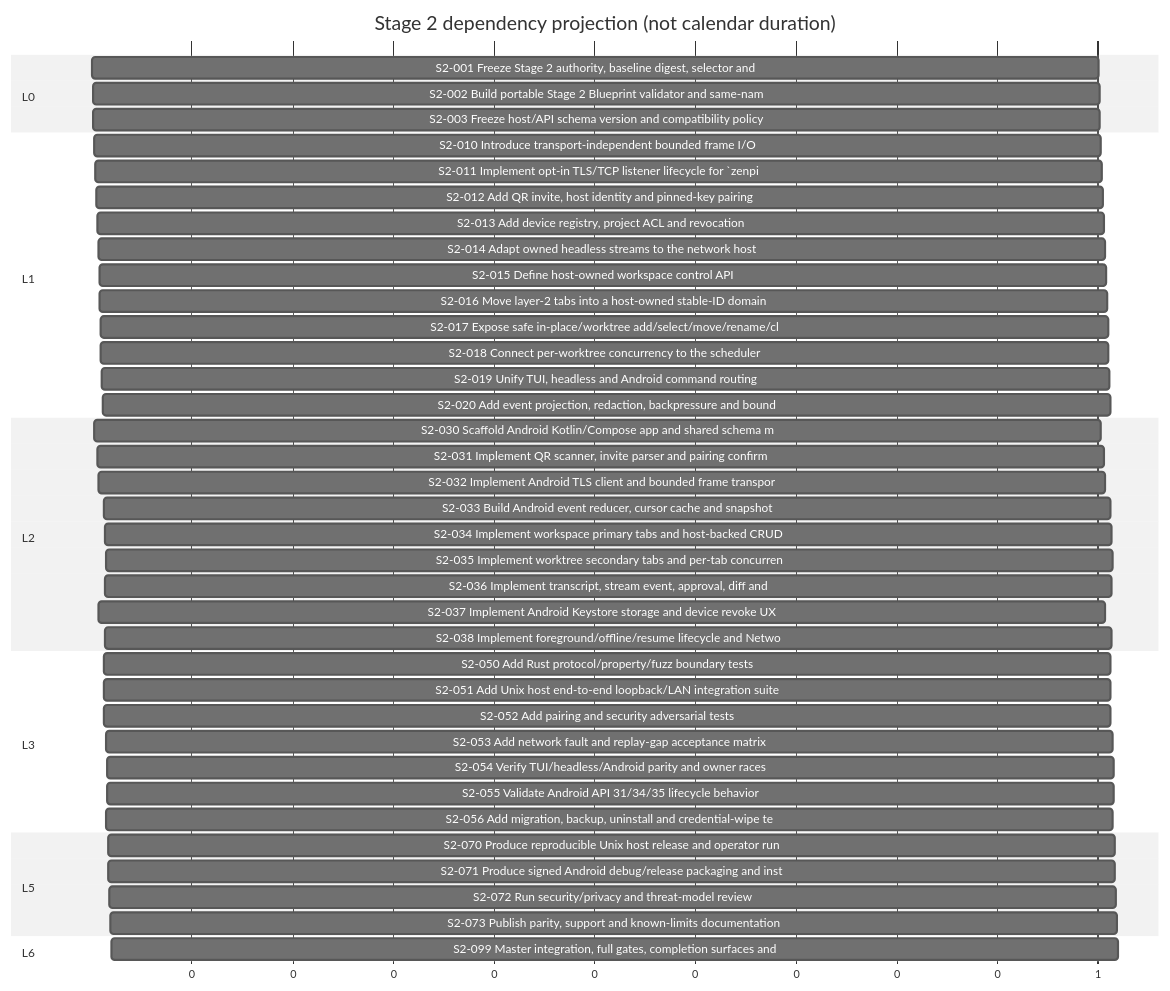
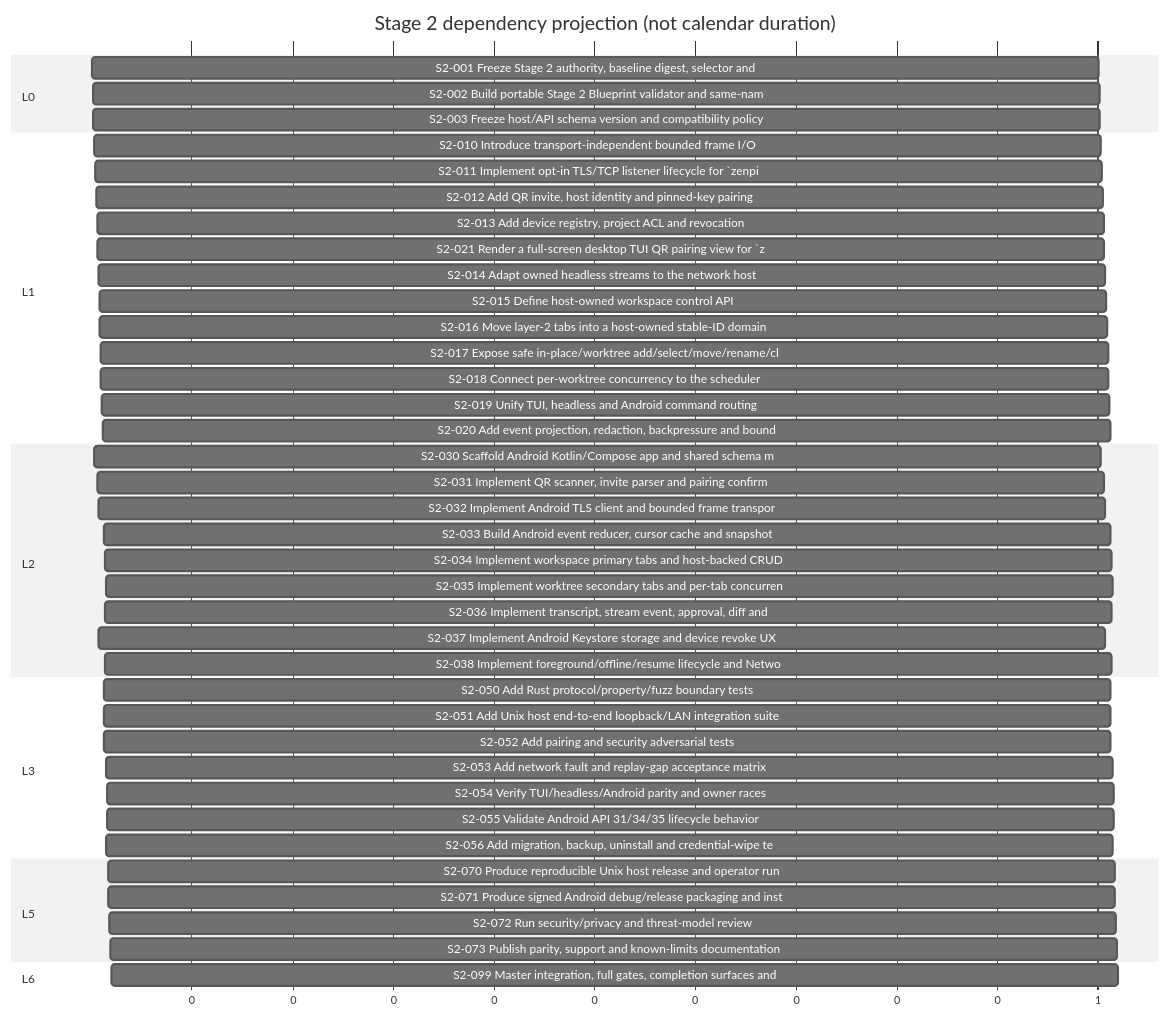
The diagram in Docs/stage2_android2unix_gantt.md (JerryLookupU/zenpi), drawn with Mermaid (neutral theme) before and after one commit. The commit also changed other lines of this file and 1537 other files, not shown here.

````diff
--- a/Docs/stage2_android2unix_gantt.md
+++ b/Docs/stage2_android2unix_gantt.md
@@ -29,47 +29,48 @@
 ```mermaid
 gantt
     title Stage 2 dependency projection (not calendar duration)
     dateFormat X
     axisFormat %s
     section L0
     S2-001 Freeze Stage 2 authority, baseline digest, selector and :S2-001, 1, 1s
     S2-002 Build portable Stage 2 Blueprint validator and same-nam :S2-002, 2, 1s
     S2-003 Freeze host/API schema version and compatibility policy :S2-003, 2, 1s
     section L1
     S2-010 Introduce transport-independent bounded frame I/O :S2-010, 3, 1s
     S2-011 Implement opt-in TLS/TCP listener lifecycle for `zenpi  :S2-011, 4, 1s
     S2-012 Add QR invite, host identity and pinned-key pairing :S2-012, 5, 1s
     S2-013 Add device registry, project ACL and revocation :S2-013, 6, 1s
+    S2-021 Render a full-screen desktop TUI QR pairing view for `z :S2-021, 6, 1s
     S2-014 Adapt owned headless streams to the network host :S2-014, 7, 1s
     S2-015 Define host-owned workspace control API :S2-015, 8, 1s
     S2-016 Move layer-2 tabs into a host-owned stable-ID domain :S2-016, 9, 1s
     S2-017 Expose safe in-place/worktree add/select/move/rename/cl :S2-017, 10, 1s
     S2-018 Connect per-worktree concurrency to the scheduler :S2-018, 10, 1s
     S2-019 Unify TUI, headless and Android command routing :S2-019, 11, 1s
     S2-020 Add event projection, redaction, backpressure and bound :S2-020, 12, 1s
     section L2
     S2-030 Scaffold Android Kotlin/Compose app and shared schema m :S2-030, 3, 1s
     S2-031 Implement QR scanner, invite parser and pairing confirm :S2-031, 6, 1s
     S2-032 Implement Android TLS client and bounded frame transpor :S2-032, 7, 1s
     S2-033 Build Android event reducer, cursor cache and snapshot  :S2-033, 13, 1s
     S2-034 Implement workspace primary tabs and host-backed CRUD :S2-034, 14, 1s
     S2-035 Implement worktree secondary tabs and per-tab concurren :S2-035, 15, 1s
     S2-036 Implement transcript, stream event, approval, diff and  :S2-036, 14, 1s
     S2-037 Implement Android Keystore storage and device revoke UX :S2-037, 7, 1s
     S2-038 Implement foreground/offline/resume lifecycle and Netwo :S2-038, 14, 1s
     section L3
     S2-050 Add Rust protocol/property/fuzz boundary tests :S2-050, 13, 1s
     S2-051 Add Unix host end-to-end loopback/LAN integration suite :S2-051, 13, 1s
     S2-052 Add pairing and security adversarial tests :S2-052, 13, 1s
     S2-053 Add network fault and replay-gap acceptance matrix :S2-053, 15, 1s
     S2-054 Verify TUI/headless/Android parity and owner races :S2-054, 16, 1s
     S2-055 Validate Android API 31/34/35 lifecycle behavior :S2-055, 16, 1s
     S2-056 Add migration, backup, uninstall and credential-wipe te :S2-056, 15, 1s
     section L5
     S2-070 Produce reproducible Unix host release and operator run :S2-070, 17, 1s
     S2-071 Produce signed Android debug/release packaging and inst :S2-071, 17, 1s
     S2-072 Run security/privacy and threat-model review :S2-072, 18, 1s
     S2-073 Publish parity, support and known-limits documentation :S2-073, 19, 1s
     section L6
     S2-099 Master integration, full gates, completion surfaces and :S2-099, 20, 1s
 ```
````
